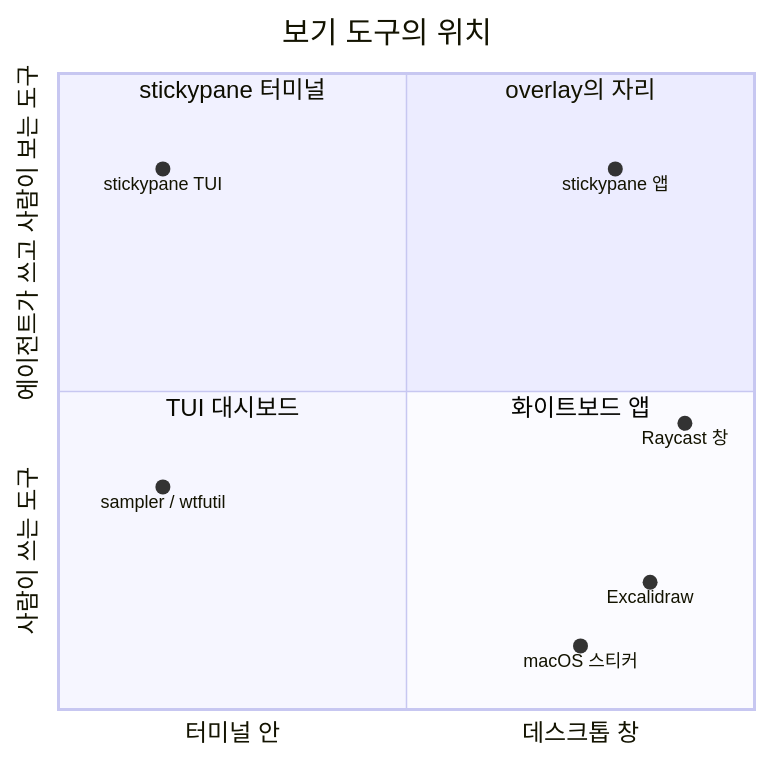
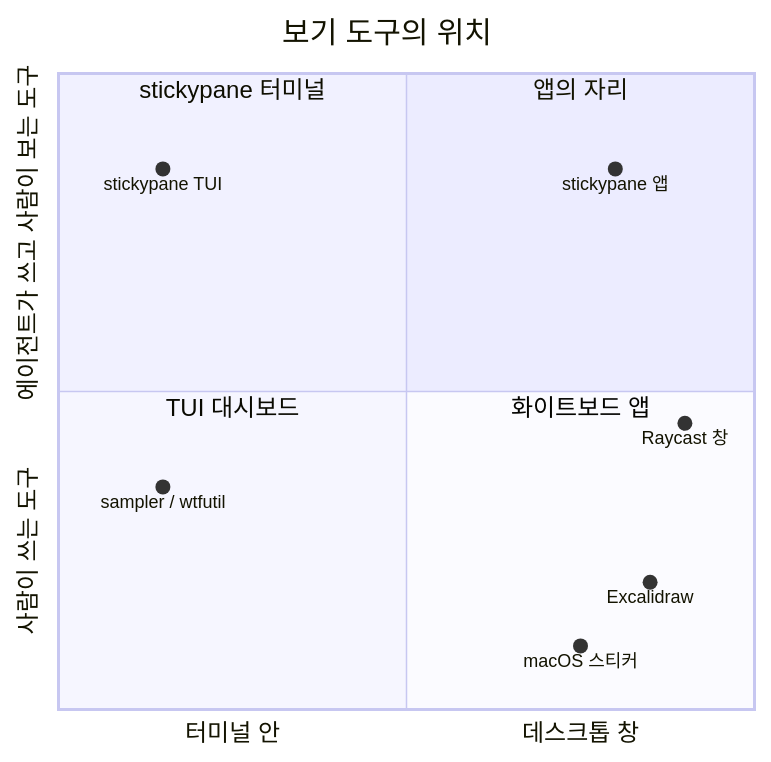
The diagram in docs/desktop/05-alternatives.md (LeeSwallow/stickypane), drawn with Mermaid before and after one commit. The commit also changed other lines of this file and 36 other files, not shown here.

````diff
--- a/docs/desktop/05-alternatives.md
+++ b/docs/desktop/05-alternatives.md
@@ -7,16 +7,16 @@
 ```mermaid
 quadrantChart
   title 보기 도구의 위치
   x-axis "터미널 안" --> "데스크톱 창"
   y-axis "사람이 쓰는 도구" --> "에이전트가 쓰고 사람이 보는 도구"
-  quadrant-1 "overlay의 자리"
+  quadrant-1 "앱의 자리"
   quadrant-2 "stickypane 터미널"
   quadrant-3 "TUI 대시보드"
   quadrant-4 "화이트보드 앱"
   "stickypane TUI": [0.15, 0.85]
   "stickypane 앱": [0.8, 0.85]
   "Excalidraw": [0.85, 0.2]
   "sampler / wtfutil": [0.15, 0.35]
   "macOS 스티커": [0.75, 0.1]
   "Raycast 창": [0.9, 0.45]
 ```
````
